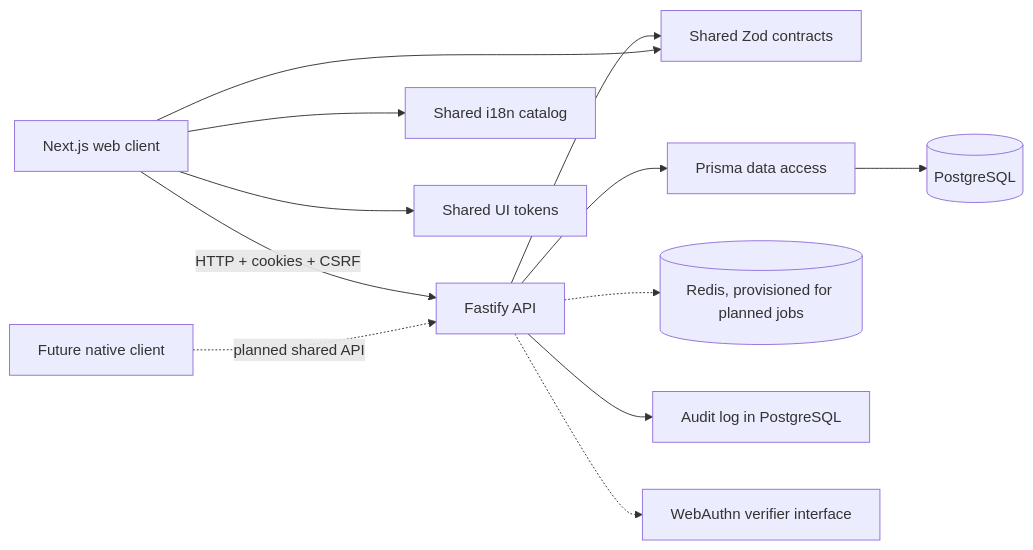
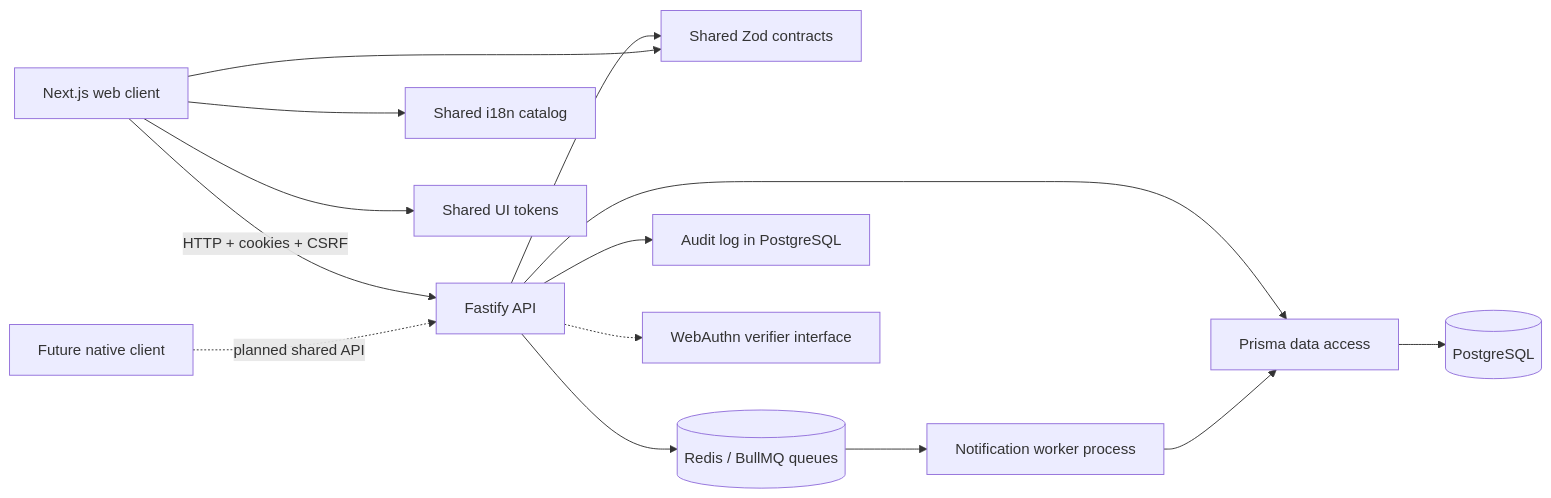
One commit to kazes5/soccer changed the diagram in docs/architecture.md. Above: the diagram before and after it, drawn with Mermaid. The commit also changed other lines of this file and 22 other files, not shown here.

````diff
--- a/docs/architecture.md
+++ b/docs/architecture.md
@@ -23,14 +23,16 @@
 ```mermaid
 flowchart LR
     Browser[Next.js web client] -->|HTTP + cookies + CSRF| API[Fastify API]
     Mobile[Future native client] -.->|planned shared API| API
     API --> Contracts[Shared Zod contracts]
     Browser --> Contracts
     Browser --> I18n[Shared i18n catalog]
     Browser --> Tokens[Shared UI tokens]
     API --> Prisma[Prisma data access]
     Prisma --> Postgres[(PostgreSQL)]
-    API -.-> Redis[(Redis, provisioned for planned jobs)]
+    API --> Redis[(Redis / BullMQ queues)]
+    Redis --> Worker[Notification worker process]
+    Worker --> Prisma
     API --> Audit[Audit log in PostgreSQL]
     API -.-> Provider[WebAuthn verifier interface]
 ```
````
